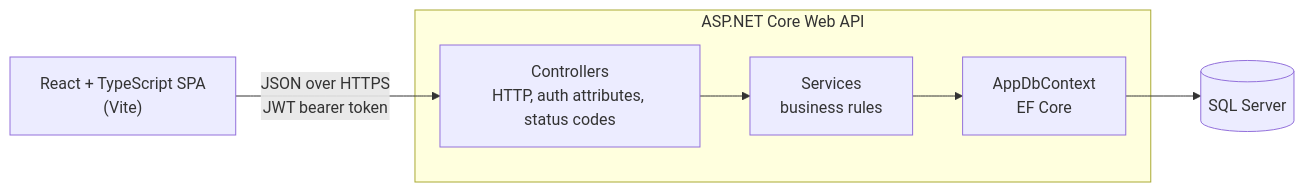
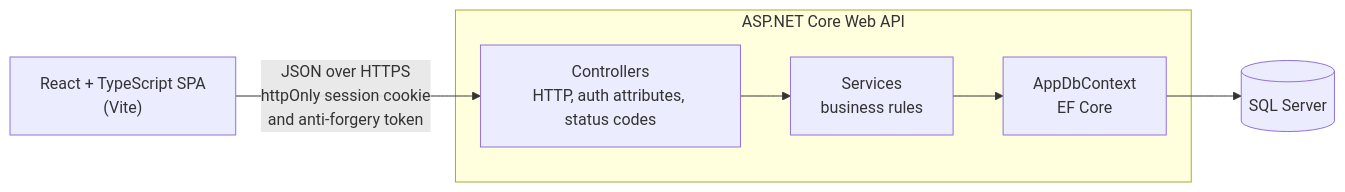
Before and after one commit to Andershgras/resource-reservation-system: the first of 5 diagrams in docs/architecture.md, drawn with Mermaid. The commit also changed other lines of this file and 8 other files, not shown here.

````diff
--- a/docs/architecture.md
+++ b/docs/architecture.md
@@ -7,14 +7,14 @@
 ```mermaid
 flowchart LR
     Browser["React + TypeScript SPA<br/>(Vite)"]
     subgraph API["ASP.NET Core Web API"]
         Controllers["Controllers<br/>HTTP, auth attributes, status codes"]
         Services["Services<br/>business rules"]
         Data["AppDbContext<br/>EF Core"]
         Controllers --> Services --> Data
     end
     DB[("SQL Server")]
 
-    Browser -- "JSON over HTTPS<br/>JWT bearer token" --> Controllers
+    Browser -- "JSON over HTTPS<br/>httpOnly session cookie<br/>and anti-forgery token" --> Controllers
     Data --> DB
 ```
````
